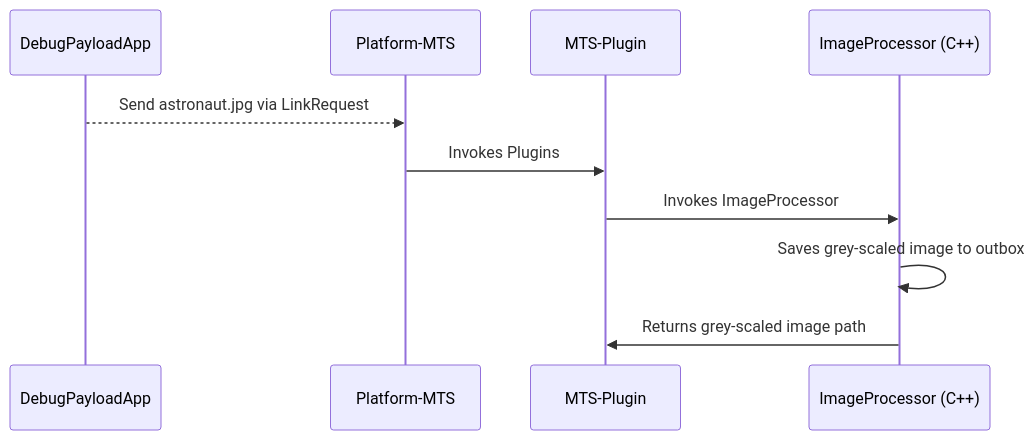
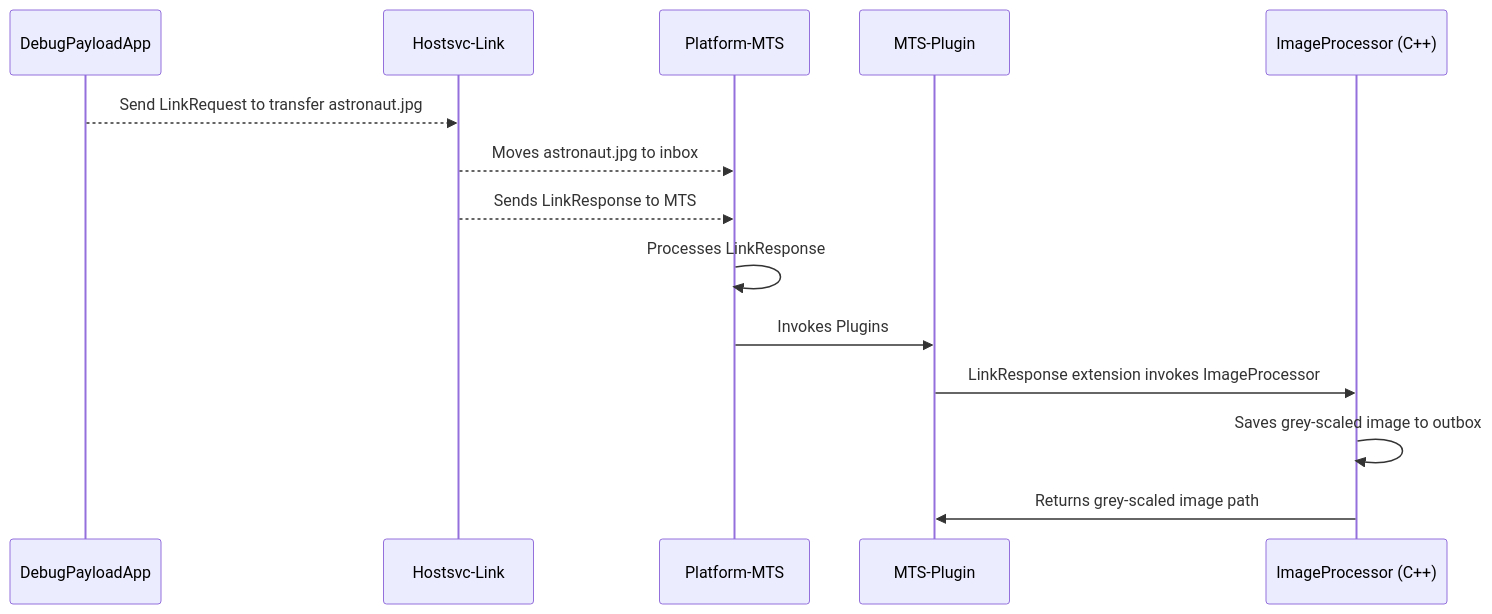
The diagram in samples/plugins/platform/platform-mts/cpp-sample-plugin/README.md (microsoft/azure-orbital-space-sdk), drawn with Mermaid before and after one commit.

Commit message:
updates C++ sample readme

````diff
--- a/samples/plugins/platform/platform-mts/cpp-sample-plugin/README.md
+++ b/samples/plugins/platform/platform-mts/cpp-sample-plugin/README.md
@@ -43,13 +43,17 @@
 ```mermaid
 sequenceDiagram
     participant DPA as DebugPayloadApp
+    participant L as Hostsvc-Link
     participant MTS as Platform-MTS
     participant P as MTS-Plugin
     participant IP as ImageProcessor (C++)
 
-    DPA-->>MTS: Send astronaut.jpg via LinkRequest
+    DPA-->>L: Send LinkRequest to transfer astronaut.jpg
+    L-->>MTS: Moves astronaut.jpg to inbox
+    L-->>MTS: Sends LinkResponse to MTS
+    MTS->>MTS: Processes LinkResponse
     MTS->>P: Invokes Plugins
-    P->>IP: Invokes ImageProcessor
+    P->>IP: LinkResponse extension invokes ImageProcessor
     IP->>IP: Saves grey-scaled image to outbox
     IP->>P: Returns grey-scaled image path
 ```
````
